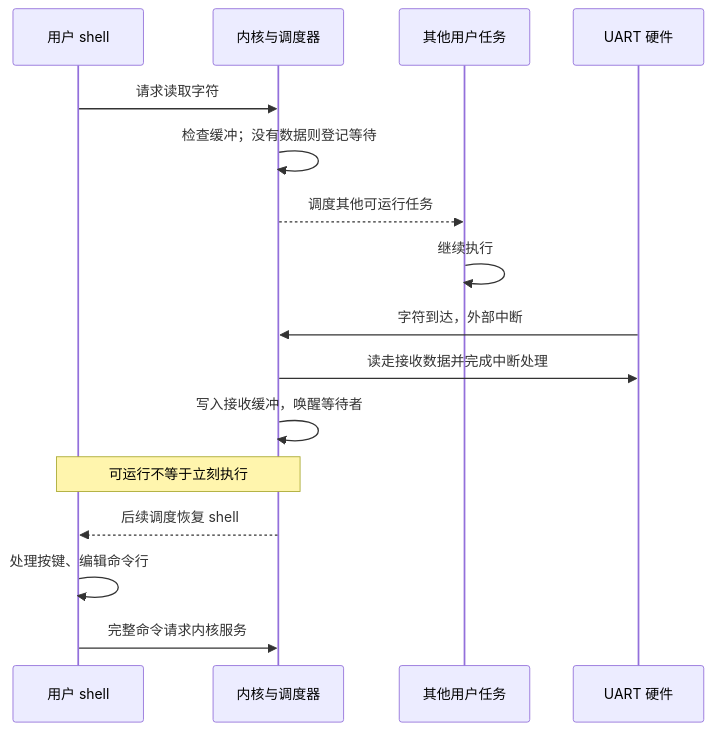
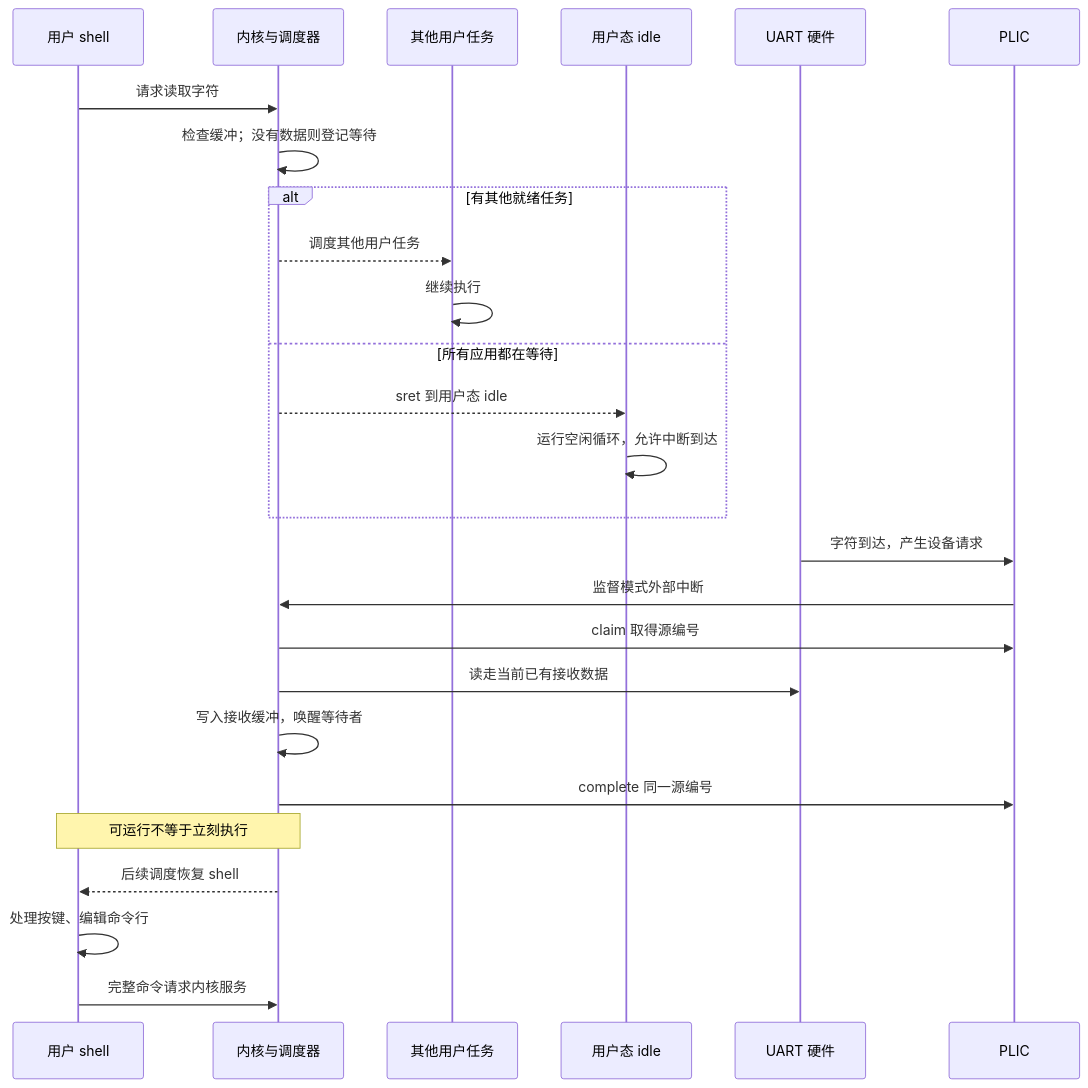
One commit to xueliangliang/riscv-hello-blog changed the diagram in content/posts/09-uart-interrupt-interactive-shell.md. Above: the diagram before and after it, drawn with Mermaid. The commit also changed other lines of this file and 5 other files, not shown here.

````diff
--- a/content/posts/09-uart-interrupt-interactive-shell.md
+++ b/content/posts/09-uart-interrupt-interactive-shell.md
@@ -16,20 +18,30 @@
 ```mermaid
 sequenceDiagram
     accTitle: shell 等待输入，串口中断唤醒它
-    accDescr: shell 发现没有输入后进入等待状态，其他任务继续运行；串口收到字符触发外部中断，内核读入接收缓冲并唤醒等待者，shell 被调度后继续编辑和执行命令。
+    accDescr: shell 没有输入则登记等待，改运行其他任务或真正的用户态 idle；UART 经 PLIC 产生外部中断，内核 claim、读数据、入环形缓冲并唤醒，再 complete；随后恢复 shell。
     participant S as 用户 shell
     participant K as 内核与调度器
     participant W as 其他用户任务
+    participant I as 用户态 idle
     participant U as UART 硬件
+    participant P as PLIC
     S->>K: 请求读取字符
     K->>K: 检查缓冲；没有数据则登记等待
-    K-->>W: 调度其他可运行任务
-    W->>W: 继续执行
-    U->>K: 字符到达，外部中断
-    K->>U: 读走接收数据并完成中断处理
+    alt 有其他就绪任务
+        K-->>W: 调度其他用户任务
+        W->>W: 继续执行
+    else 所有应用都在等待
+        K-->>I: sret 到用户态 idle
+        I->>I: 运行空闲循环，允许中断到达
+    end
+    U->>P: 字符到达，产生设备请求
+    P->>K: 监督模式外部中断
+    K->>P: claim 取得源编号
+    K->>U: 读走当前已有接收数据
     K->>K: 写入接收缓冲，唤醒等待者
+    K->>P: complete 同一源编号
     Note over S,K: 可运行不等于立刻执行
     K-->>S: 后续调度恢复 shell
     S->>S: 处理按键、编辑命令行
     S->>K: 完整命令请求内核服务
 ```
````
